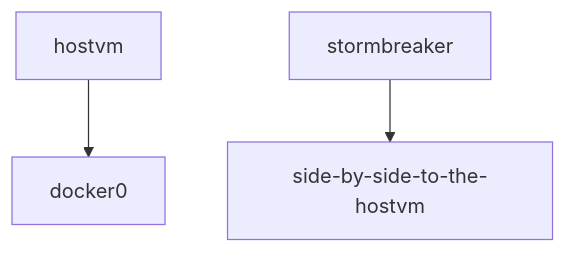
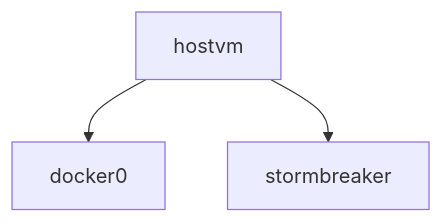
One commit to spawnmarvel/learning-docker changed the fourth of 4 diagrams in 1-getting-started-guide/README-3-docker-network.md. Above: the diagram before and after it, drawn with Mermaid. The commit also changed other lines of this file, not shown here.

````diff
--- a/1-getting-started-guide/README-3-docker-network.md
+++ b/1-getting-started-guide/README-3-docker-network.md
@@ -309,6 +310,6 @@
 ```mermaid
 graph TD;
     hostvm-->docker0;
-    stormbreaker-->side-by-side-to-the-hostvm
+    hostvm-->stormbreaker
     
 ```
````
